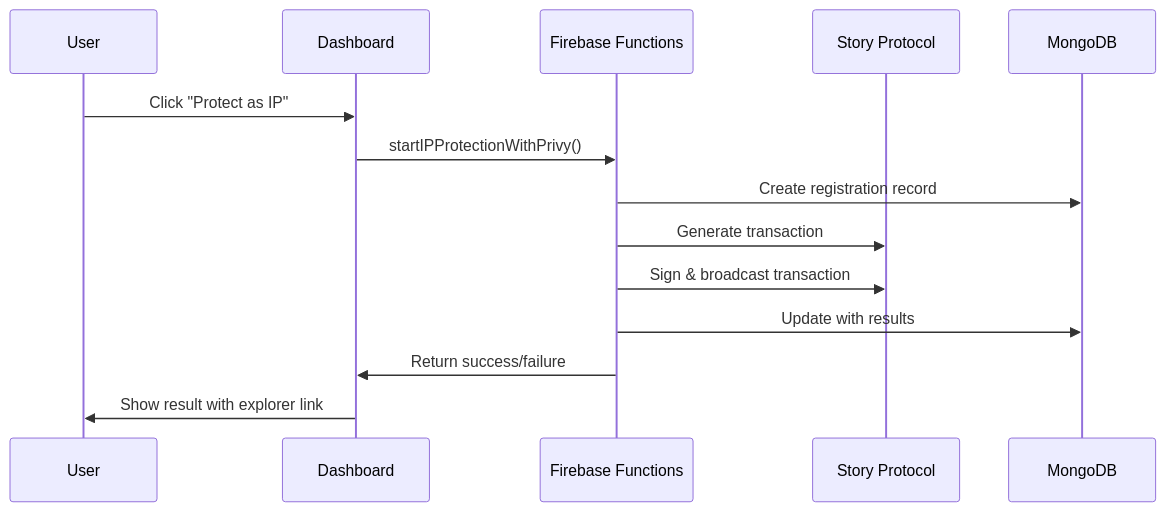
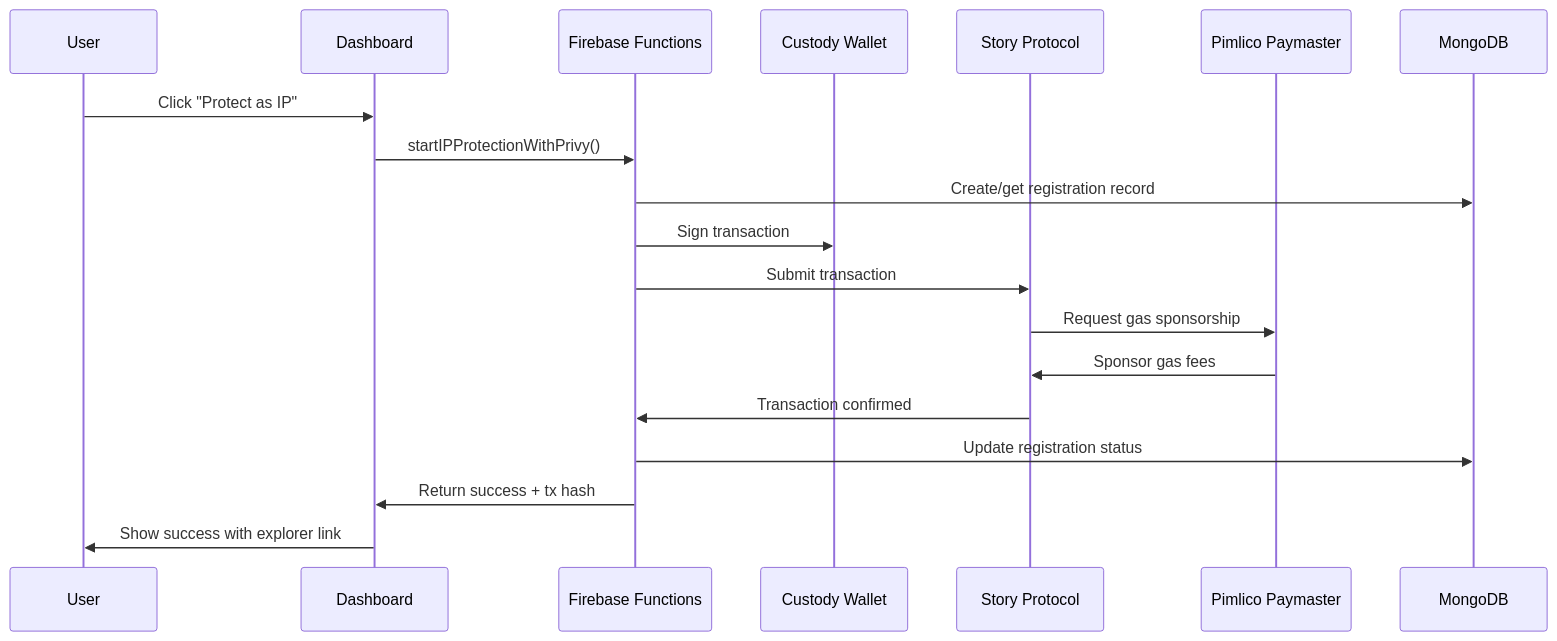
One commit to nishtha-kalra/sia.vision-monorepo changed the diagram in CUSTODY_WALLET_IMPLEMENTATION.md. Above: the diagram before and after it, drawn with Mermaid. The commit also changed other lines of this file and 3 other files, not shown here.

````diff
--- a/CUSTODY_WALLET_IMPLEMENTATION.md
+++ b/CUSTODY_WALLET_IMPLEMENTATION.md
@@ -36,17 +131,22 @@
 ```mermaid
 sequenceDiagram
     participant User
     participant Dashboard
     participant Firebase Functions
+    participant Custody Wallet
     participant Story Protocol
+    participant Pimlico Paymaster
     participant MongoDB
 
     User->>Dashboard: Click "Protect as IP"
     Dashboard->>Firebase Functions: startIPProtectionWithPrivy()
-    Firebase Functions->>MongoDB: Create registration record
-    Firebase Functions->>Story Protocol: Generate transaction
-    Firebase Functions->>Story Protocol: Sign & broadcast transaction
-    Firebase Functions->>MongoDB: Update with results
-    Firebase Functions->>Dashboard: Return success/failure
-    Dashboard->>User: Show result with explorer link
+    Firebase Functions->>MongoDB: Create/get registration record
+    Firebase Functions->>Custody Wallet: Sign transaction
+    Firebase Functions->>Story Protocol: Submit transaction
+    Story Protocol->>Pimlico Paymaster: Request gas sponsorship
+    Pimlico Paymaster->>Story Protocol: Sponsor gas fees
+    Story Protocol->>Firebase Functions: Transaction confirmed
+    Firebase Functions->>MongoDB: Update registration status
+    Firebase Functions->>Dashboard: Return success + tx hash
+    Dashboard->>User: Show success with explorer link
 ```
````
